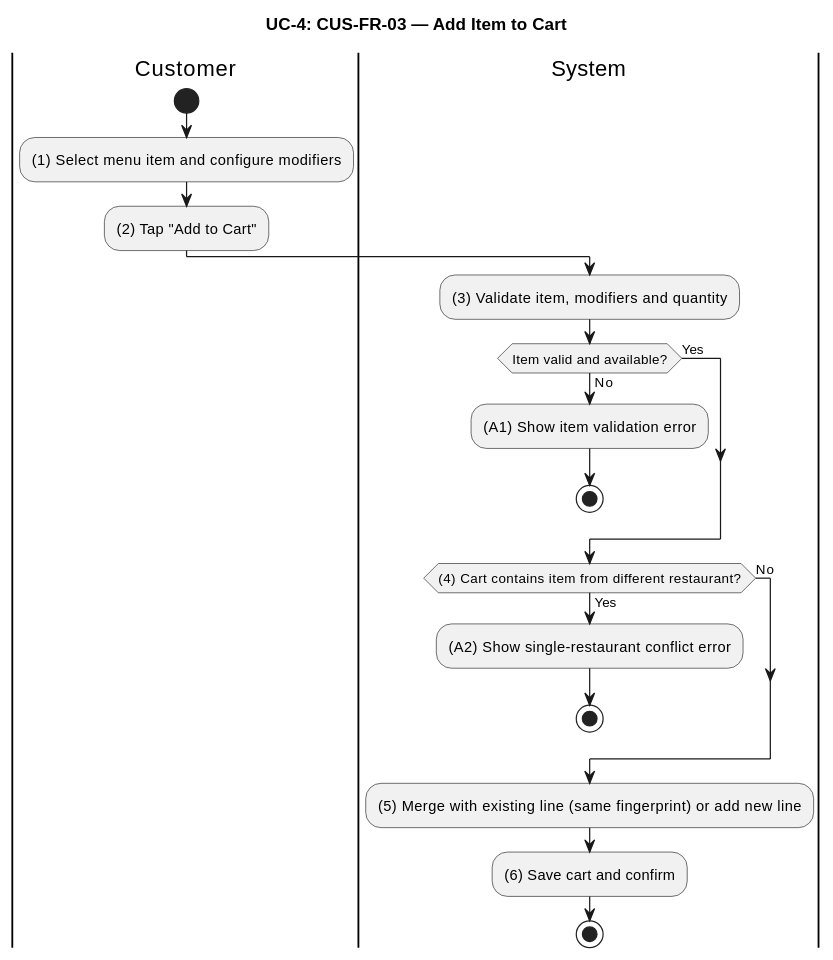
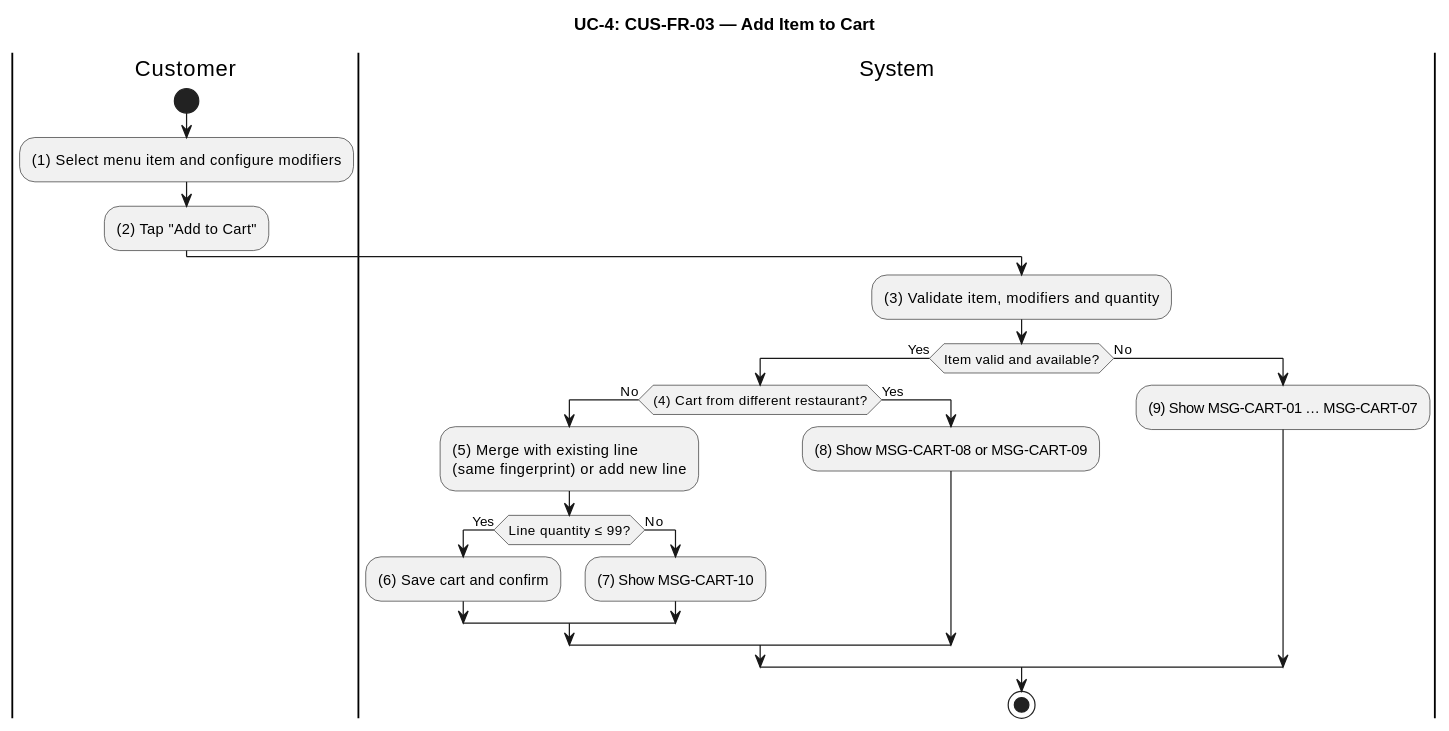
The fourth of 10 diagrams in apps/api/docs/Final_Documents/SRS_FoodDelivery.md (luubinhdeptrai/Food_Delivery), drawn with PlantUML before and after one commit. The commit also changed other lines of this file and 1 other file, not shown here.

````diff
--- a/apps/api/docs/Final_Documents/SRS_FoodDelivery.md
+++ b/apps/api/docs/Final_Documents/SRS_FoodDelivery.md
@@ -311,29 +317,29 @@
 ```plantuml
 @startuml UC4-Add-To-Cart
 title UC-4: CUS-FR-03 — Add Item to Cart
 skinparam ConditionEndStyle hline
 
 |Customer|
 start
 :(1) Select menu item and configure modifiers;
 :(2) Tap "Add to Cart";
 
 |System|
 :(3) Validate item, modifiers and quantity;
-if (Item valid and available?) then (No)
-  :(A1) Show item validation error;
-  stop
-else (Yes)
+if (Item valid and available?) then (Yes)
+  if ((4) Cart from different restaurant?) then (No)
+    :(5) Merge with existing line\n(same fingerprint) or add new line;
+    if (Line quantity ≤ 99?) then (Yes)
+      :(6) Save cart and confirm;
+    else (No)
+      :(7) Show MSG-CART-10;
+    endif
+  else (Yes)
+    :(8) Show MSG-CART-08 or MSG-CART-09;
+  endif
+else (No)
+  :(9) Show MSG-CART-01 … MSG-CART-07;
 endif
-
-if ((4) Cart contains item from different restaurant?) then (Yes)
-  :(A2) Show single-restaurant conflict error;
-  stop
-else (No)
-endif
-
-:(5) Merge with existing line (same fingerprint) or add new line;
-:(6) Save cart and confirm;
 stop
 @enduml
 ```
````
